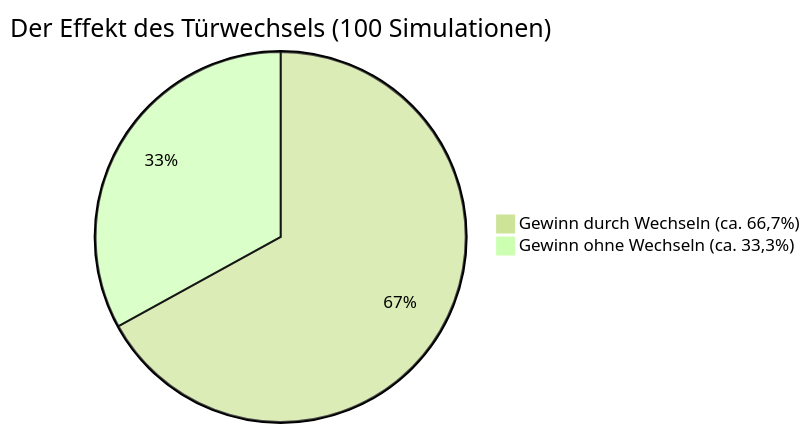
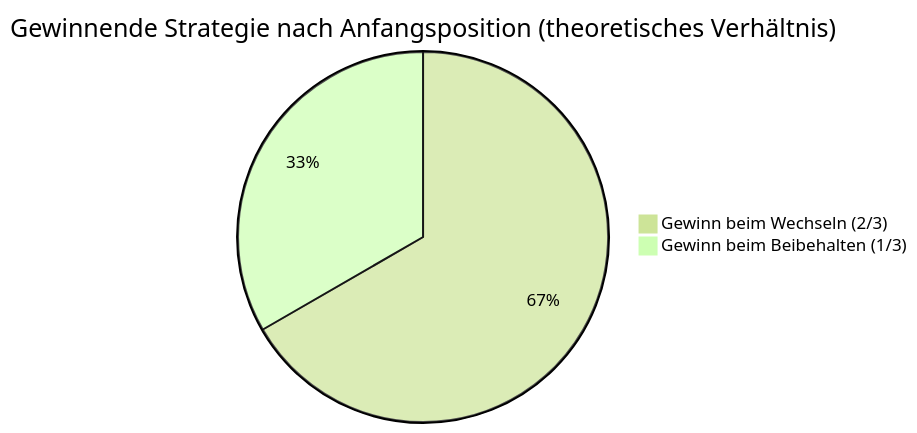
Before and after one commit to kenjinote/blog: the second of 2 diagrams in content/post/モンティ・ホール問題/index.de.md, drawn with Mermaid (forest theme). The commit also changed other lines of this file and 8 other files, not shown here.

````diff
--- a/content/post/モンティ・ホール問題/index.de.md
+++ b/content/post/モンティ・ホール問題/index.de.md
@@ -161,5 +195,5 @@
 ```mermaid
-pie title Der Effekt des Türwechsels (100 Simulationen)
-    "Gewinn durch Wechseln (ca. 66,7%)" : 67
-    "Gewinn ohne Wechseln (ca. 33,3%)" : 33
+pie title Gewinnende Strategie nach Anfangsposition (theoretisches Verhältnis)
+    "Gewinn beim Wechseln (2/3)" : 2
+    "Gewinn beim Beibehalten (1/3)" : 1
 ```
````
